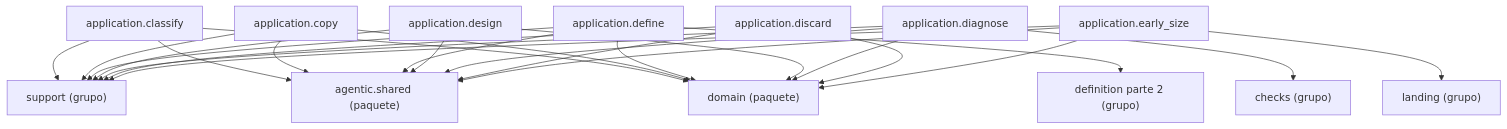
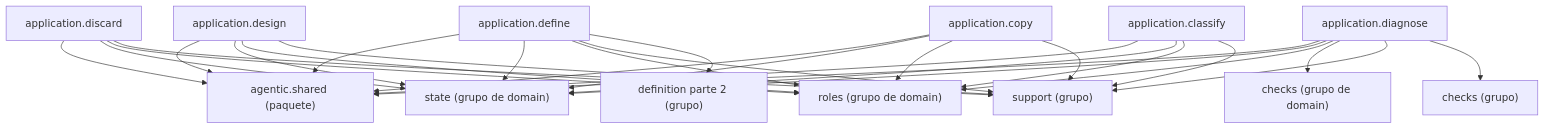
One commit to GonzaloZevallos/agentic-system changed the diagram in docs/architecture/generated/packages-process-application-definition-1.md. Above: the diagram before and after it, drawn with Mermaid. The commit also changed other lines of this file and 3 other files, not shown here.

Commit message:
Merge master and fit the application overview in its edge budget: early_size joins the reflection cluster

````diff
--- a/docs/architecture/generated/packages-process-application-definition-1.md
+++ b/docs/architecture/generated/packages-process-application-definition-1.md
@@ -18,40 +18,43 @@
 ```mermaid
 graph TD
     g_application__checks["checks (grupo)"]
     g_application__definition__2["definition parte 2 (grupo)"]
-    g_application__landing["landing (grupo)"]
     g_application__support["support (grupo)"]
+    g_domain__checks["checks (grupo de domain)"]
+    g_domain__roles["roles (grupo de domain)"]
+    g_domain__state["state (grupo de domain)"]
     g_pkg__agentic__shared["agentic.shared (paquete)"]
-    g_pkg__domain["domain (paquete)"]
     m_application__classify["application.classify"]
     m_application__copy["application.copy"]
     m_application__define["application.define"]
     m_application__design["application.design"]
     m_application__diagnose["application.diagnose"]
     m_application__discard["application.discard"]
-    m_application__early_size["application.early_size"]
     m_application__classify --> g_application__support
+    m_application__classify --> g_domain__roles
+    m_application__classify --> g_domain__state
     m_application__classify --> g_pkg__agentic__shared
-    m_application__classify --> g_pkg__domain
     m_application__copy --> g_application__support
+    m_application__copy --> g_domain__roles
+    m_application__copy --> g_domain__state
     m_application__copy --> g_pkg__agentic__shared
-    m_application__copy --> g_pkg__domain
     m_application__define --> g_application__definition__2
     m_application__define --> g_application__support
+    m_application__define --> g_domain__roles
+    m_application__define --> g_domain__state
     m_application__define --> g_pkg__agentic__shared
-    m_application__define --> g_pkg__domain
     m_application__design --> g_application__support
+    m_application__design --> g_domain__roles
+    m_application__design --> g_domain__state
     m_application__design --> g_pkg__agentic__shared
-    m_application__design --> g_pkg__domain
     m_application__diagnose --> g_application__checks
     m_application__diagnose --> g_application__support
+    m_application__diagnose --> g_domain__checks
+    m_application__diagnose --> g_domain__roles
+    m_application__diagnose --> g_domain__state
     m_application__diagnose --> g_pkg__agentic__shared
-    m_application__diagnose --> g_pkg__domain
     m_application__discard --> g_application__support
+    m_application__discard --> g_domain__roles
+    m_application__discard --> g_domain__state
     m_application__discard --> g_pkg__agentic__shared
-    m_application__discard --> g_pkg__domain
-    m_application__early_size --> g_application__landing
-    m_application__early_size --> g_application__support
-    m_application__early_size --> g_pkg__agentic__shared
-    m_application__early_size --> g_pkg__domain
 ```
````
